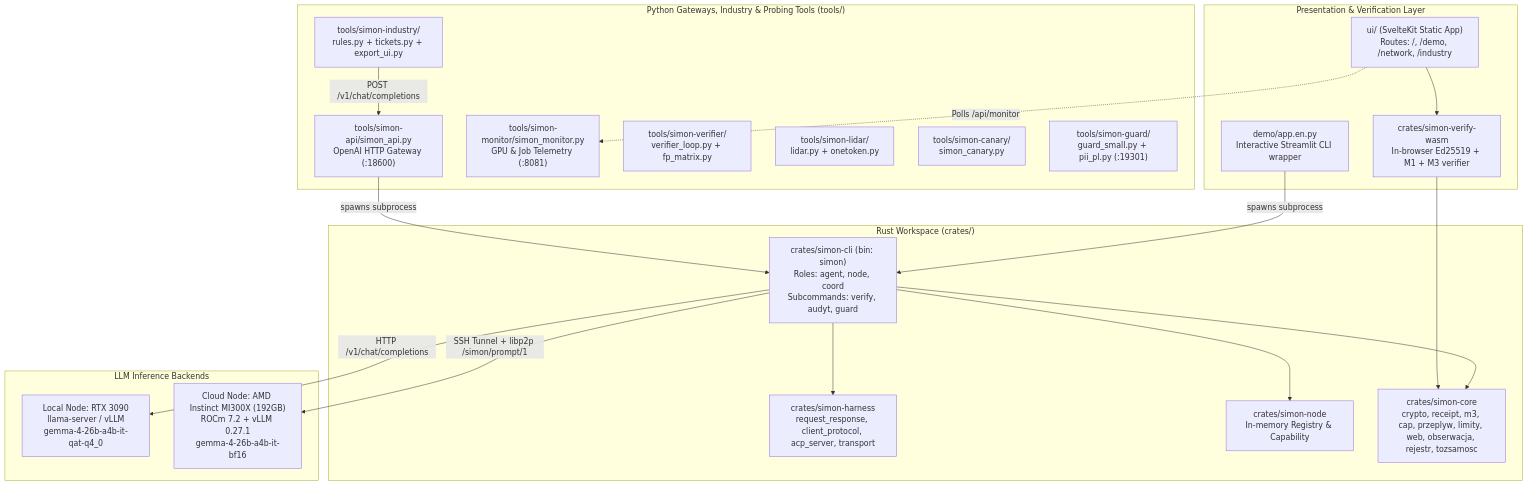
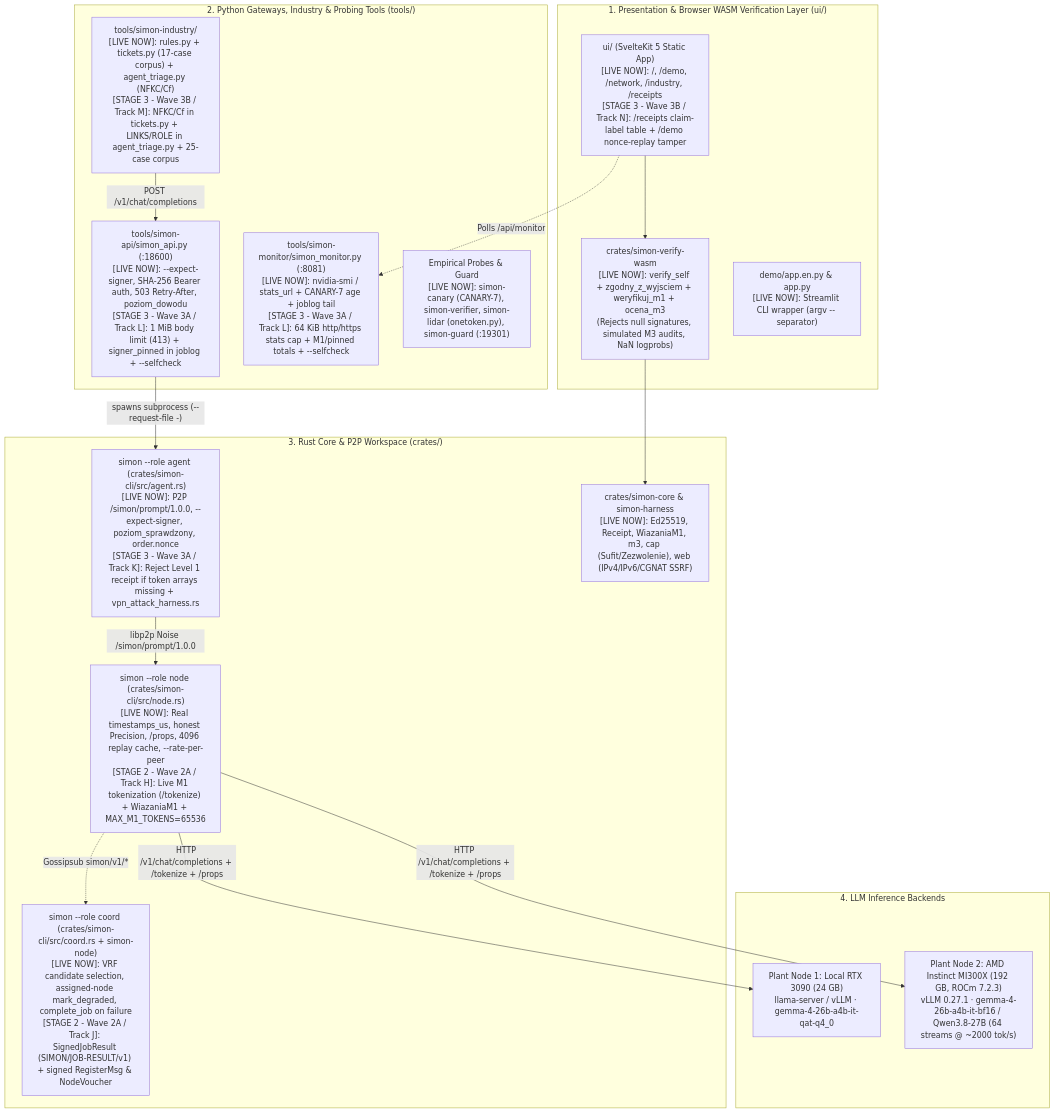
The first of 5 diagrams in 01_ARCHITECTURE_AND_DATA_FLOWS.md (filipzarzynski/SIMPN_ARGON_HANDOWER), drawn with Mermaid before and after one commit. The commit also changed other lines of this file, not shown here.

Commit message:
docs(arch): update 01_ARCHITECTURE_AND_DATA_FLOWS.md with post-Stage 1 baseline and Stage 2/3 wave annotations

````diff
--- a/01_ARCHITECTURE_AND_DATA_FLOWS.md
+++ b/01_ARCHITECTURE_AND_DATA_FLOWS.md
@@ -9,42 +34,37 @@
 ```mermaid
 flowchart TB
-    subgraph UI_Layer["Presentation & Verification Layer"]
-        SvelteUI["ui/ (SvelteKit Static App)<br/>Routes: /, /demo, /network, /industry"]
-        WASM["crates/simon-verify-wasm<br/>In-browser Ed25519 + M1 + M3 verifier"]
-        Streamlit["demo/app.en.py<br/>Interactive Streamlit CLI wrapper"]
+    subgraph UI_Layer["1. Presentation & Browser WASM Verification Layer (ui/)"]
+        SvelteUI["ui/ (SvelteKit 5 Static App)<br/>[LIVE NOW]: /, /demo, /network, /industry, /receipts<br/>[STAGE 3 - Wave 3B / Track N]: /receipts claim-label table + /demo nonce-replay tamper"]
+        WASM["crates/simon-verify-wasm<br/>[LIVE NOW]: verify_self + zgodny_z_wyjsciem + weryfikuj_m1 + ocena_m3<br/>(Rejects null signatures, simulated M3 audits, NaN logprobs)"]
+        Streamlit["demo/app.en.py & app.py<br/>[LIVE NOW]: Streamlit CLI wrapper (argv -- separator)"]
     end
 
-    subgraph Gateway_Tools["Python Gateways, Industry & Probing Tools (tools/)"]
-        Industry["tools/simon-industry/<br/>rules.py + tickets.py + export_ui.py"]
-        API["tools/simon-api/simon_api.py<br/>OpenAI HTTP Gateway (:18600)"]
-        Monitor["tools/simon-monitor/simon_monitor.py<br/>GPU & Job Telemetry (:8081)"]
-        Verifier["tools/simon-verifier/<br/>verifier_loop.py + fp_matrix.py"]
-        Lidar["tools/simon-lidar/<br/>lidar.py + onetoken.py"]
-        Canary["tools/simon-canary/<br/>simon_canary.py"]
-        Guard["tools/simon-guard/<br/>guard_small.py + pii_pl.py (:19301)"]
+    subgraph Gateway_Tools["2. Python Gateways, Industry & Probing Tools (tools/)"]
+        Industry["tools/simon-industry/<br/>[LIVE NOW]: rules.py + tickets.py (17-case corpus) + agent_triage.py (NFKC/Cf)<br/>[STAGE 3 - Wave 3B / Track M]: NFKC/Cf in tickets.py + LINKS/ROLE in agent_triage.py + 25-case corpus"]
+        API["tools/simon-api/simon_api.py (:18600)<br/>[LIVE NOW]: --expect-signer, SHA-256 Bearer auth, 503 Retry-After, poziom_dowodu<br/>[STAGE 3 - Wave 3A / Track L]: 1 MiB body limit (413) + signer_pinned in joblog + --selfcheck"]
+        Monitor["tools/simon-monitor/simon_monitor.py (:8081)<br/>[LIVE NOW]: nvidia-smi / stats_url + CANARY-7 age + joblog tail<br/>[STAGE 3 - Wave 3A / Track L]: 64 KiB http/https stats cap + M1/pinned totals + --selfcheck"]
+        Probes["Empirical Probes & Guard<br/>[LIVE NOW]: simon-canary (CANARY-7), simon-verifier, simon-lidar (onetoken.py), simon-guard (:19301)"]
     end
 
-    subgraph Rust_Workspace["Rust Workspace (crates/)"]
-        CLI["crates/simon-cli (bin: simon)<br/>Roles: agent, node, coord<br/>Subcommands: verify, audyt, guard"]
-        Harness["crates/simon-harness<br/>request_response, client_protocol, acp_server, transport"]
-        NodeReg["crates/simon-node<br/>In-memory Registry & Capability"]
-        Core["crates/simon-core<br/>crypto, receipt, m3, cap, przeplyw, limity, web, obserwacja, rejestr, tozsamosc"]
+    subgraph Rust_Workspace["3. Rust Core & P2P Workspace (crates/)"]
+        CLI_Agent["simon --role agent (crates/simon-cli/src/agent.rs)<br/>[LIVE NOW]: P2P /simon/prompt/1.0.0, --expect-signer, poziom_sprawdzony, order.nonce<br/>[STAGE 3 - Wave 3A / Track K]: Reject Level 1 receipt if token arrays missing + vpn_attack_harness.rs"]
+        CLI_Node["simon --role node (crates/simon-cli/src/node.rs)<br/>[LIVE NOW]: Real timestamps_us, honest Precision, /props, 4096 replay cache, --rate-per-peer<br/>[STAGE 2 - Wave 2A / Track H]: Live M1 tokenization (/tokenize) + WiazaniaM1 + MAX_M1_TOKENS=65536"]
+        CLI_Coord["simon --role coord (crates/simon-cli/src/coord.rs + simon-node)<br/>[LIVE NOW]: VRF candidate selection, assigned-node mark_degraded, complete_job on failure<br/>[STAGE 2 - Wave 2A / Track J]: SignedJobResult (SIMON/JOB-RESULT/v1) + signed RegisterMsg & NodeVoucher"]
+        Core["crates/simon-core & simon-harness<br/>[LIVE NOW]: Ed25519, Receipt, WiazaniaM1, m3, cap (Sufit/Zezwolenie), web (IPv4/IPv6/CGNAT SSRF)"]
     end
 
-    subgraph Hardware_Backends["LLM Inference Backends"]
-        RTX3090["Local Node: RTX 3090<br/>llama-server / vLLM<br/>gemma-4-26b-a4b-it-qat-q4_0"]
-        MI300X["Cloud Node: AMD Instinct MI300X (192GB)<br/>ROCm 7.2 + vLLM 0.27.1<br/>gemma-4-26b-a4b-it-bf16"]
+    subgraph Hardware_Backends["4. LLM Inference Backends"]
+        RTX3090["Plant Node 1: Local RTX 3090 (24 GB)<br/>llama-server / vLLM · gemma-4-26b-a4b-it-qat-q4_0"]
+        MI300X["Plant Node 2: AMD Instinct MI300X (192 GB, ROCm 7.2.3)<br/>vLLM 0.27.1 · gemma-4-26b-a4b-it-bf16 / Qwen3.8-27B (64 streams @ ~2000 tok/s)"]
     end
 
     SvelteUI --> WASM
     WASM --> Core
     SvelteUI -. "Polls /api/monitor" .-> Monitor
     Industry -- "POST /v1/chat/completions" --> API
-    API -- "spawns subprocess" --> CLI
-    Streamlit -- "spawns subprocess" --> CLI
-    CLI --> Harness
-    CLI --> NodeReg
-    CLI --> Core
-    CLI -- "HTTP /v1/chat/completions" --> RTX3090
-    CLI -- "SSH Tunnel + libp2p /simon/prompt/1" --> MI300X
+    API -- "spawns subprocess (--request-file -)" --> CLI_Agent
+    CLI_Agent -- "libp2p Noise /simon/prompt/1.0.0" --> CLI_Node
+    CLI_Node -. "Gossipsub simon/v1/*" .-> CLI_Coord
+    CLI_Node -- "HTTP /v1/chat/completions + /tokenize + /props" --> RTX3090
+    CLI_Node -- "HTTP /v1/chat/completions + /tokenize + /props" --> MI300X
 ```
````
